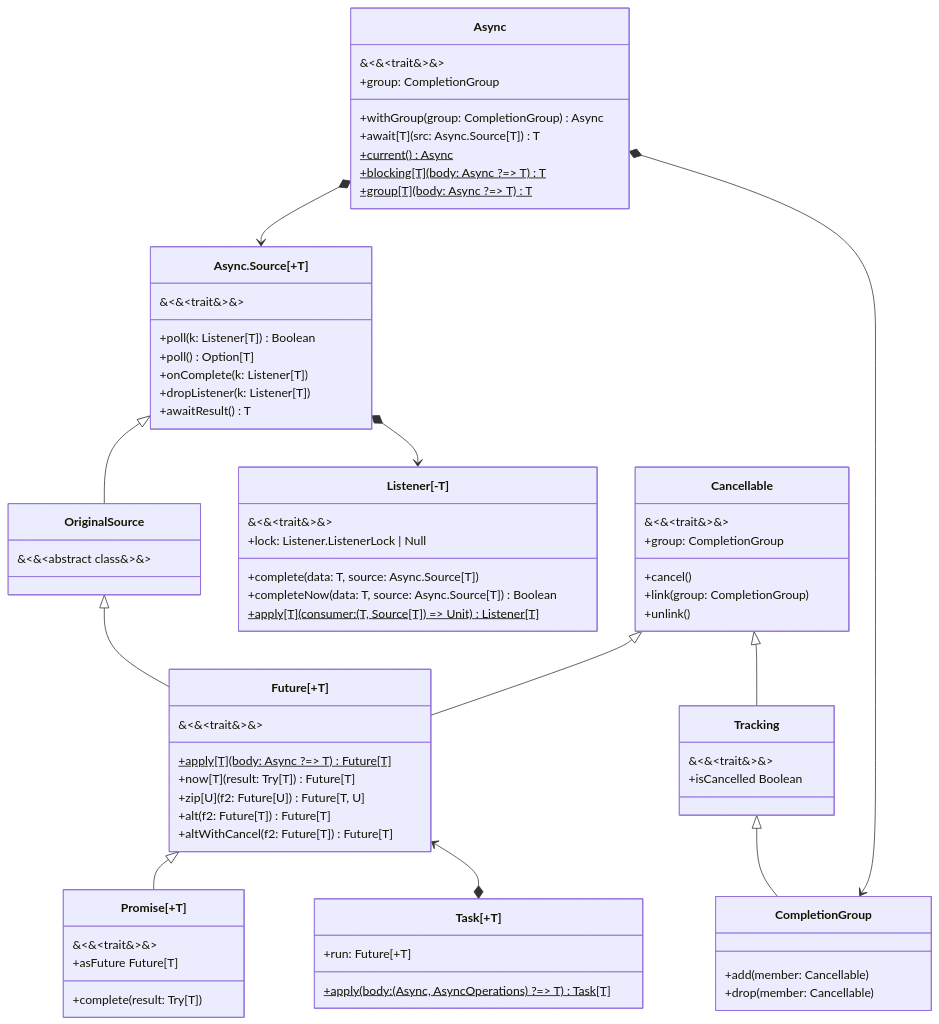
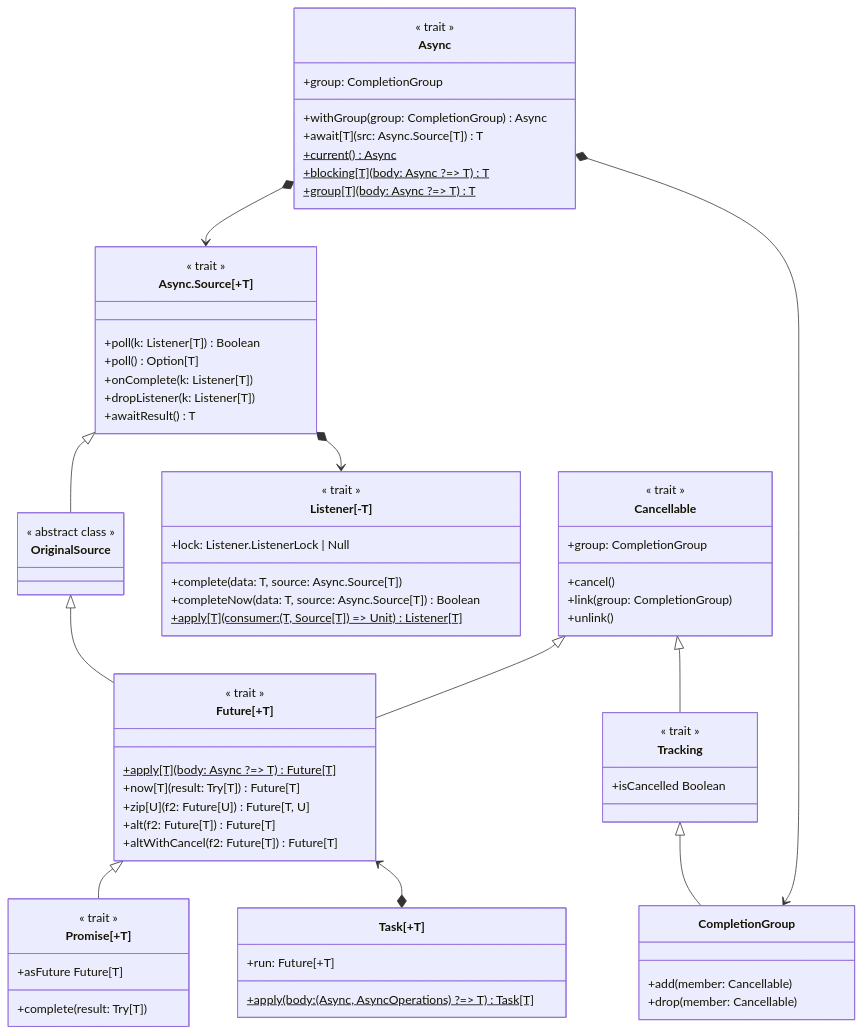
One commit to tassiluca/direct-style-experiments changed the diagram in docs/content/docs/02-blog-posts-ws.md. Above: the diagram before and after it, drawn with Mermaid. The commit also changed 1 other file, not shown here.

Commit message:
docs: more on channels

```diff
--- a/docs/content/docs/02-blog-posts-ws.md
+++ b/docs/content/docs/02-blog-posts-ws.md
@@ -175,7 +175,7 @@
 {{< mermaid >}}
 classDiagram
   class Async {
-    &#60;&#60;trait&#62;&#62;
+    << trait >>
     +group: CompletionGroup
     +withGroup(group: CompletionGroup) Async
     +await[T](src: Async.Source[T]) T
@@ -185,7 +185,7 @@
   }
 
   class `Async.Source[+T]` {
-    &#60;&#60;trait&#62;&#62;
+    << trait >>
     +poll(k: Listener[T]) Boolean
     +poll() Option[T]
     +onComplete(k: Listener[T])
@@ -196,12 +196,12 @@
   Async *--> `Async.Source[+T]`
 
   class OriginalSource {
-    &#60;&#60;abstract class&#62;&#62;
+    << abstract class >>
   }
   `Async.Source[+T]` <|-- OriginalSource
 
   class `Listener[-T]` {
-    &#60;&#60;trait&#62;&#62;
+    << trait >>
     +lock: Listener.ListenerLock | Null
     +complete(data: T, source: Async.Source[T])
     +completeNow(data: T, source: Async.Source[T]) Boolean
@@ -211,7 +211,7 @@
   `Async.Source[+T]` *--> `Listener[-T]`
 
   class `Future[+T]` {
-    &#60;&#60;trait&#62;&#62;
+    << trait >>
     +apply[T](body: Async ?=> T) Future[T]$
     +now[T](result: Try[T]) Future[T]
     +zip[U](f2: Future[U]) Future[T, U]
@@ -219,7 +219,7 @@
     +altWithCancel(f2: Future[T]) Future[T]
   }
   class `Promise[+T]` {
-    &#60;&#60;trait&#62;&#62;
+    << trait >>
     +asFuture Future[T]
     +complete(result: Try[T])
   }
@@ -233,7 +233,7 @@
   `Future[+T]` <--* `Task[+T]`
 
   class Cancellable {
-    &#60;&#60;trait&#62;&#62;
+    << trait >>
     +group: CompletionGroup
     +cancel()
     +link(group: CompletionGroup)
@@ -243,7 +243,7 @@
   Cancellable <|-- `Future[+T]`
 
   class Tracking {
-    &#60;&#60;trait&#62;&#62;
+    << trait >>
     +isCancelled Boolean
   }
   Cancellable <|-- Tracking
```
